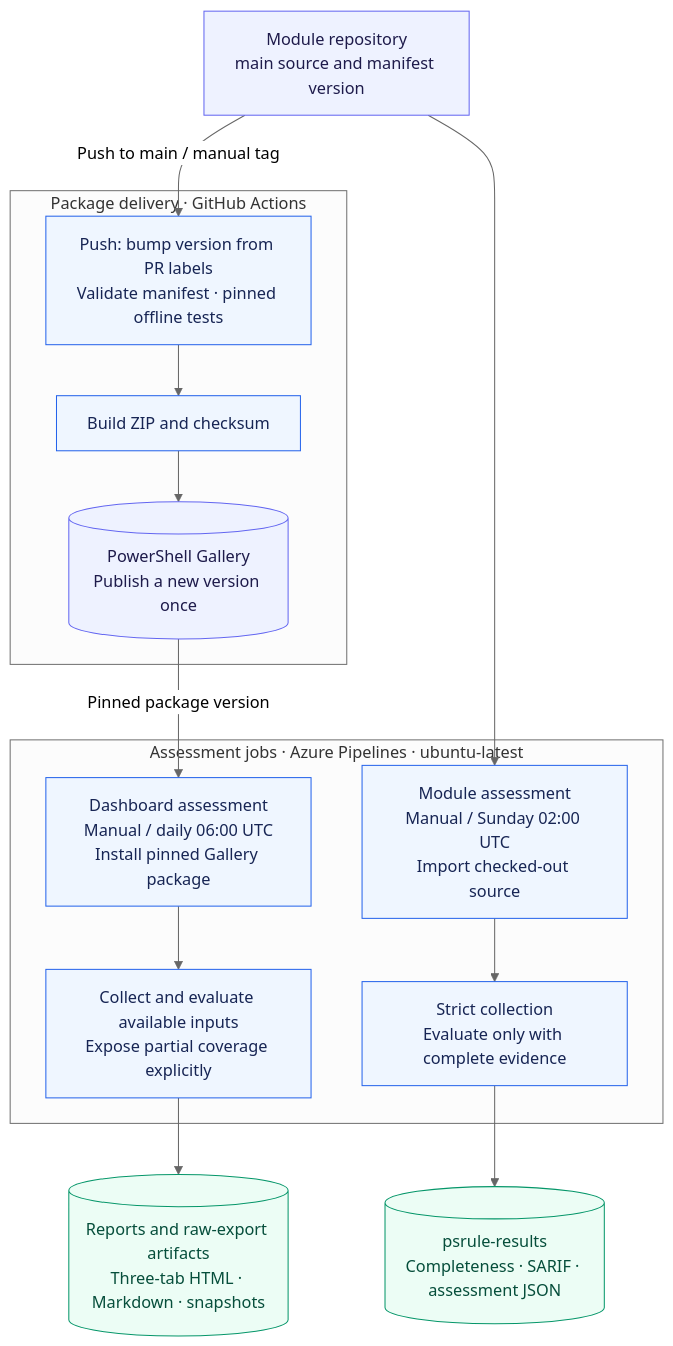
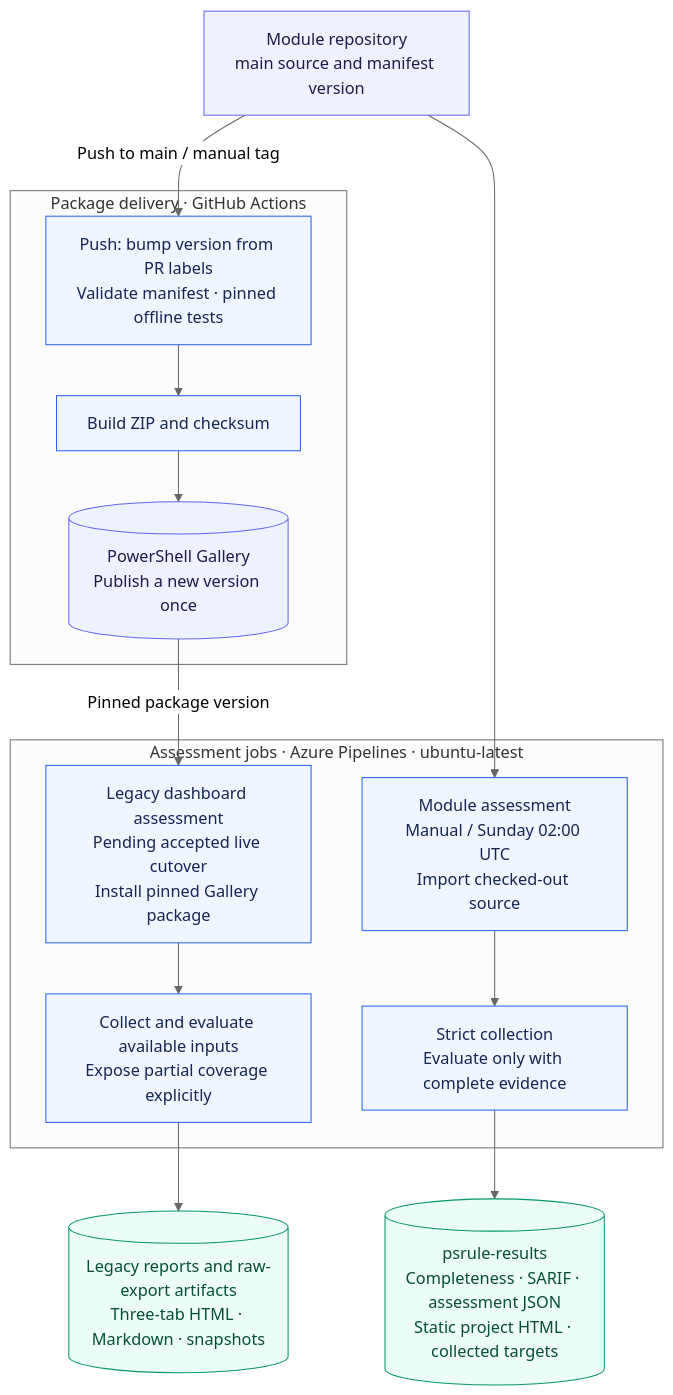
Before and after one commit to wesleycamargo/DevOpsTools.AzureDevOps.PSRule: the second of 2 diagrams in docs/architecture.md, drawn with Mermaid (neutral theme). The commit also changed other lines of this file and 3 other files, not shown here.

````diff
--- a/docs/architecture.md
+++ b/docs/architecture.md
@@ -148,31 +159,31 @@
 ```mermaid
 flowchart TB
     source["Module repository<br/>main source and manifest version"]
     subgraph delivery["Package delivery · GitHub Actions"]
         validate["Push: bump version from PR labels<br/>Validate manifest · pinned offline tests"]
         package["Build ZIP and checksum"]
         gallery[("PowerShell Gallery<br/>Publish a new version once")]
         validate --> package --> gallery
     end
     source -->|"Push to main / manual tag"| validate
 
     subgraph hosted["Assessment jobs · Azure Pipelines · ubuntu-latest"]
         weekly["Module assessment<br/>Manual / Sunday 02:00 UTC<br/>Import checked-out source"]
         strict["Strict collection<br/>Evaluate only with complete evidence"]
-        daily["Dashboard assessment<br/>Manual / daily 06:00 UTC<br/>Install pinned Gallery package"]
+        daily["Legacy dashboard assessment<br/>Pending accepted live cutover<br/>Install pinned Gallery package"]
         partial["Collect and evaluate available inputs<br/>Expose partial coverage explicitly"]
         weekly --> strict
         daily --> partial
     end
     source --> weekly
     gallery -->|"Pinned package version"| daily
-    strict --> moduleEvidence[("psrule-results<br/>Completeness · SARIF · assessment JSON")]
-    partial --> dashboardEvidence[("Reports and raw-export artifacts<br/>Three-tab HTML · Markdown · snapshots")]
+    strict --> moduleEvidence[("psrule-results<br/>Completeness · SARIF · assessment JSON<br/>Static project HTML · collected targets")]
+    partial --> dashboardEvidence[("Legacy reports and raw-export artifacts<br/>Three-tab HTML · Markdown · snapshots")]
 
     classDef source fill:#eef2ff,stroke:#6366f1,color:#1e1b4b
     classDef step fill:#eff6ff,stroke:#2563eb,color:#172554
     classDef evidence fill:#ecfdf5,stroke:#059669,color:#064e3b
     class source,gallery source
     class validate,package,weekly,strict,daily,partial step
     class moduleEvidence,dashboardEvidence evidence
 ```
````
